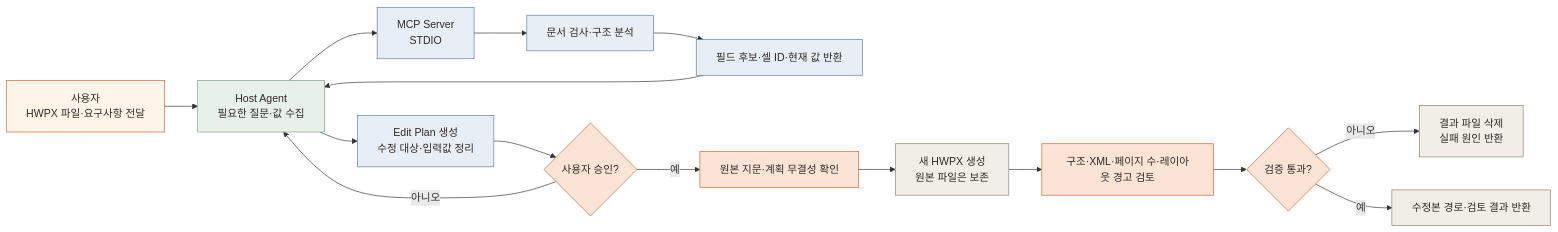
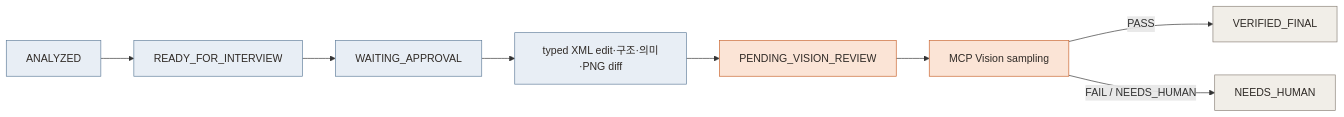
The diagram in README.md (fowoco/ai), drawn with Mermaid before and after one commit. The commit also changed other lines of this file and 15 other files, not shown here.

Commit message:
feat: add typed edit workflow and vision gate

````diff
--- a/README.md
+++ b/README.md
@@ -25,29 +28,18 @@
 ```mermaid
 flowchart LR
-    U["사용자\nHWPX 파일·요구사항 전달"] --> A["Host Agent\n필요한 질문·값 수집"]
-    A --> M["MCP Server\nSTDIO"]
-    M --> I["문서 검사·구조 분석"]
-    I --> C["필드 후보·셀 ID·현재 값 반환"]
-    C --> A
-    A --> P["Edit Plan 생성\n수정 대상·입력값 정리"]
-    P --> Q{"사용자 승인?"}
-    Q -- "아니오" --> A
-    Q -- "예" --> V["원본 지문·계획 무결성 확인"]
-    V --> W["새 HWPX 생성\n원본 파일은 보존"]
-    W --> R["구조·XML·페이지 수·레이아웃 경고 검토"]
-    R --> S{"검증 통과?"}
-    S -- "아니오" --> F["결과 파일 삭제\n실패 원인 반환"]
-    S -- "예" --> O["수정본 경로·검토 결과 반환"]
+    A["ANALYZED"] --> I["READY_FOR_INTERVIEW"]
+    I --> P["WAITING_APPROVAL"]
+    P --> X["typed XML edit·구조·의미·PNG diff"]
+    X --> V["PENDING_VISION_REVIEW"]
+    V --> R["MCP Vision sampling"]
+    R -- "PASS" --> F["VERIFIED_FINAL"]
+    R -- "FAIL / NEEDS_HUMAN" --> H["NEEDS_HUMAN"]
 
-    classDef user fill:#fff4e8,stroke:#c9632d,color:#2f2a26
-    classDef agent fill:#e8f0ea,stroke:#789c87,color:#2f2a26
     classDef mcp fill:#e8eef5,stroke:#607d9a,color:#2f2a26
     classDef guard fill:#fbe4d6,stroke:#c9632d,color:#2f2a26
     classDef result fill:#f1eee8,stroke:#8a8178,color:#2f2a26
 
-    class U user
-    class A agent
-    class M,I,C,P mcp
-    class Q,V,R,S guard
-    class W,F,O result
+    class A,I,P,X mcp
+    class V,R guard
+    class F,H result
 ```
````
